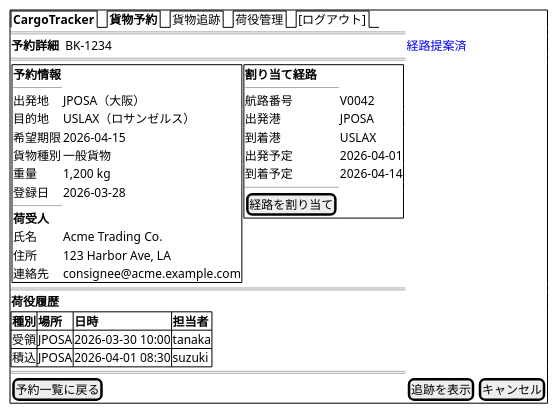
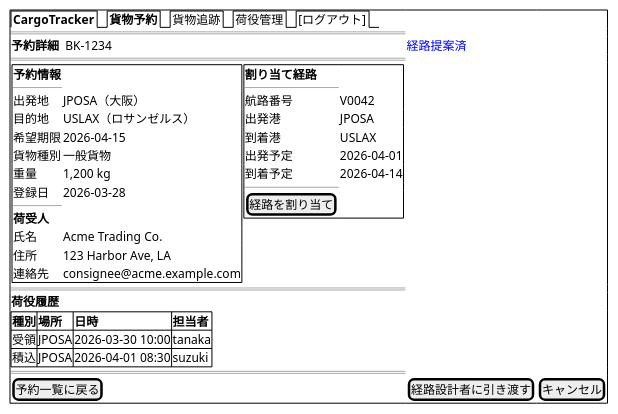
One commit to k2works/case-study-cargo-tracker changed the seventh of 21 diagrams in docs/design/ui_design.md. Above: the diagram before and after it, drawn with PlantUML. The commit also changed other lines of this file and 6 other files, not shown here.

````diff
--- a/docs/design/ui_design.md
+++ b/docs/design/ui_design.md
@@ -562,47 +541,47 @@
 ```plantuml
 @startsalt
 {+
   {/ <b>CargoTracker</b> | <b>貨物予約</b> | 貨物追跡 | 荷役管理 | [ログアウト] }
   ==
   <b>予約詳細</b>  BK-1234  |  <color:blue>経路提案済</color>
   ==
   {
     {+
       <b>予約情報</b>
       ----
       出発地     | JPOSA（大阪）
       目的地     | USLAX（ロサンゼルス）
       希望期限   | 2026-04-15
       貨物種別   | 一般貨物
       重量       | 1,200 kg
       登録日     | 2026-03-28
       ----
       <b>荷受人</b>
       氏名       | Acme Trading Co.
       住所       | 123 Harbor Ave, LA
       連絡先     | consignee@acme.example.com
     } |
     {+
       <b>割り当て経路</b>
       ----
       航路番号   | V0042
       出発港     | JPOSA
       到着港     | USLAX
       出発予定   | 2026-04-01
       到着予定   | 2026-04-14
       ----
       [経路を割り当て]
     }
   }
   ==
   <b>荷役履歴</b>
   {#
     **種別** | **場所** | **日時** | **担当者**
     受領     | JPOSA    | 2026-03-30 10:00 | tanaka
     積込     | JPOSA    | 2026-04-01 08:30 | suzuki
   }
   ==
-  [予約一覧に戻る] | [追跡を表示] | [キャンセル]
+  [予約一覧に戻る] | [経路設計者に引き渡す] | [キャンセル]
 }
 @endsalt
 ```
````
